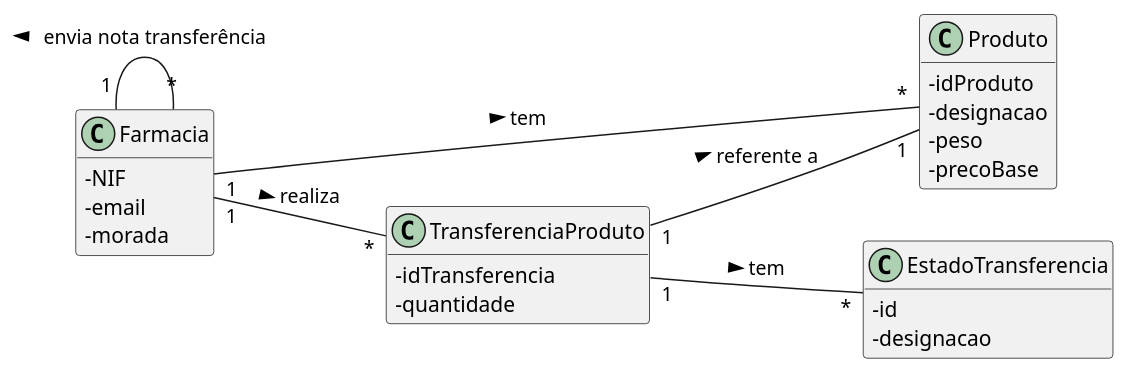
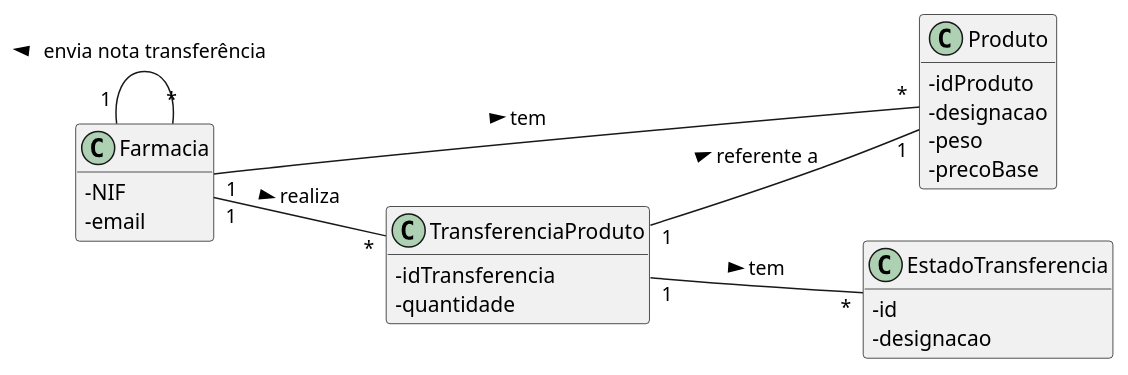
The diagram in docs/UC22/UC22_EnviarNotaTransferenciaMD.puml (pedrolemos4/LAPR3), drawn with PlantUML before and after one commit. The commit also changed 11 other files, not shown here.

```diff
--- a/docs/UC22/UC22_EnviarNotaTransferenciaMD.puml
+++ b/docs/UC22/UC22_EnviarNotaTransferenciaMD.puml
@@ -1,36 +1,34 @@
 @startuml
 skinparam classAttributeIconSize 0
 hide methods
 left to right direction
 
 class Produto {
   -idProduto
   -designacao
   -peso
   -precoBase
 }
 
 class TransferenciaProduto {
   -idTransferencia
   -quantidade
 }
 
 class EstadoTransferencia {
   -id
   -designacao
 }
 
 class Farmacia {
   -NIF
   -email
-  -morada
 }
 
 Farmacia "1" -- "*" Farmacia: envia nota transferência >
 Farmacia "1" -- "*" Produto: tem >
-
 Farmacia "1" -- "*" TransferenciaProduto: realiza >
 TransferenciaProduto "1" -- "*" EstadoTransferencia: tem >
 TransferenciaProduto "1" -- "1" Produto: referente a >
 
 @enduml
```
